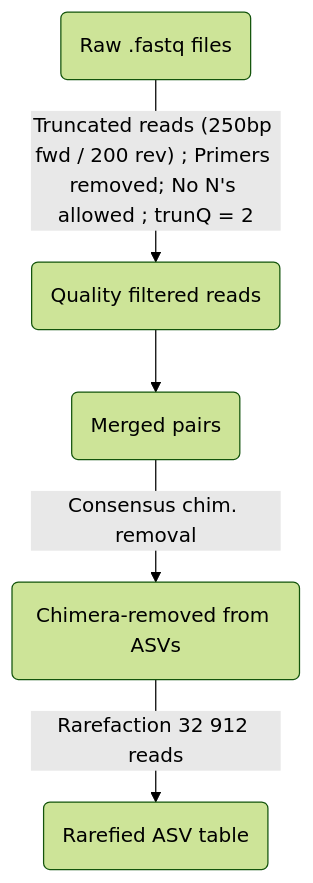
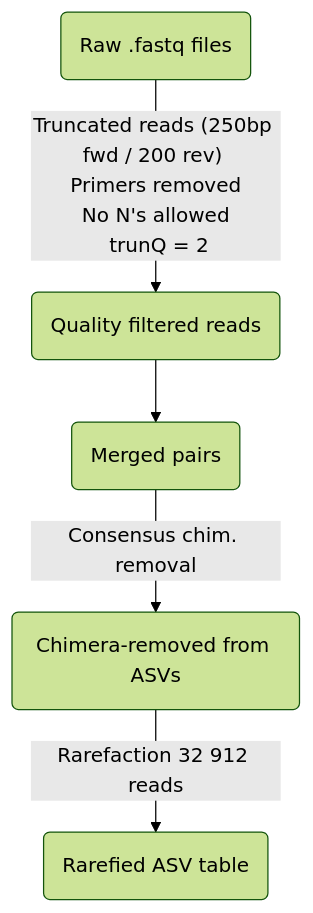
The first of 2 diagrams in README.md (plchagnon/Lonicera---Coralie), drawn with Mermaid (forest theme) before and after one commit. The commit also changed other lines of this file, not shown here.

````diff
--- a/README.md
+++ b/README.md
@@ -68,8 +69,7 @@
 ```mermaid
 flowchart TD
-raw(Raw .fastq files) -- Truncated reads (250bp fwd / 200 rev) ; Primers removed; No N's allowed ; trunQ = 2 --> q(Quality filtered reads)
+raw(Raw .fastq files) -- Truncated reads (250bp fwd / 200 rev) <br> Primers removed <br> No N's allowed <br> trunQ = 2 --> q(Quality filtered reads)
 q-->m(Merged pairs)
 m-- Consensus chim. removal -->chim(Chimera-removed from ASVs)
 chim-- Rarefaction 32 912 reads-->rar(Rarefied ASV table) 
-
 ```
````
